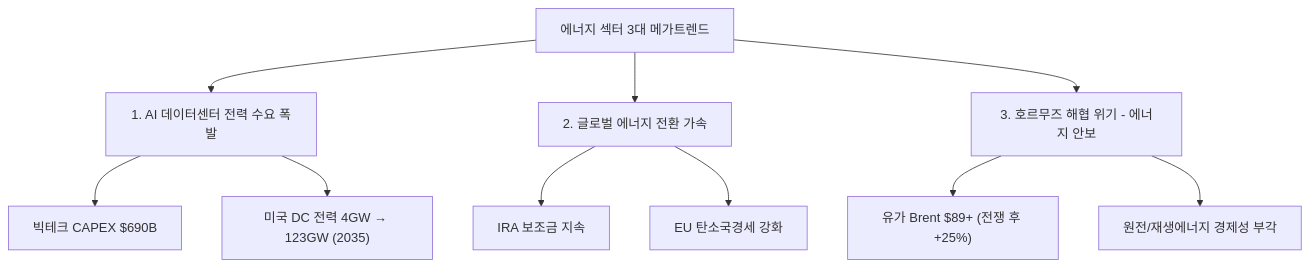
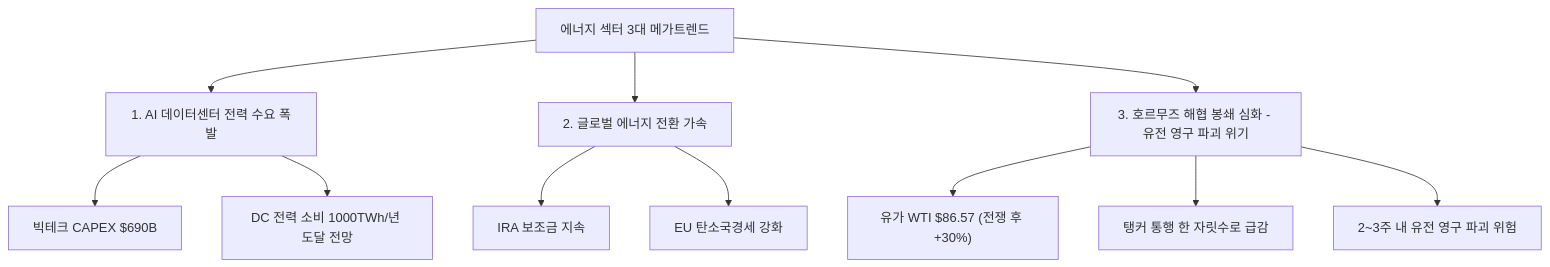
The first of 8 diagrams in _posts/knowledge/invest/2026-03-07-energy-sector-outlook-2026.md (dss99911/dss99911.github.io), drawn with Mermaid before and after one commit. The commit also changed other lines of this file and 5 other files, not shown here.

````diff
--- a/_posts/knowledge/invest/2026-03-07-energy-sector-outlook-2026.md
+++ b/_posts/knowledge/invest/2026-03-07-energy-sector-outlook-2026.md
@@ -23,12 +23,13 @@
 ```mermaid
 graph TD
     A["에너지 섹터 3대 메가트렌드"] --> B["1. AI 데이터센터 전력 수요 폭발"]
     A --> C["2. 글로벌 에너지 전환 가속"]
-    A --> D["3. 호르무즈 해협 위기 - 에너지 안보"]
+    A --> D["3. 호르무즈 해협 봉쇄 심화 - 유전 영구 파괴 위기"]
     B --> B1["빅테크 CAPEX $690B"]
-    B --> B2["미국 DC 전력 4GW → 123GW (2035)"]
+    B --> B2["DC 전력 소비 1000TWh/년 도달 전망"]
     C --> C1["IRA 보조금 지속"]
     C --> C2["EU 탄소국경세 강화"]
-    D --> D1["유가 Brent $89+ (전쟁 후 +25%)"]
-    D --> D2["원전/재생에너지 경제성 부각"]
+    D --> D1["유가 WTI $86.57 (전쟁 후 +30%)"]
+    D --> D2["탱커 통행 한 자릿수로 급감"]
+    D --> D3["2~3주 내 유전 영구 파괴 위험"]
 ```
````
